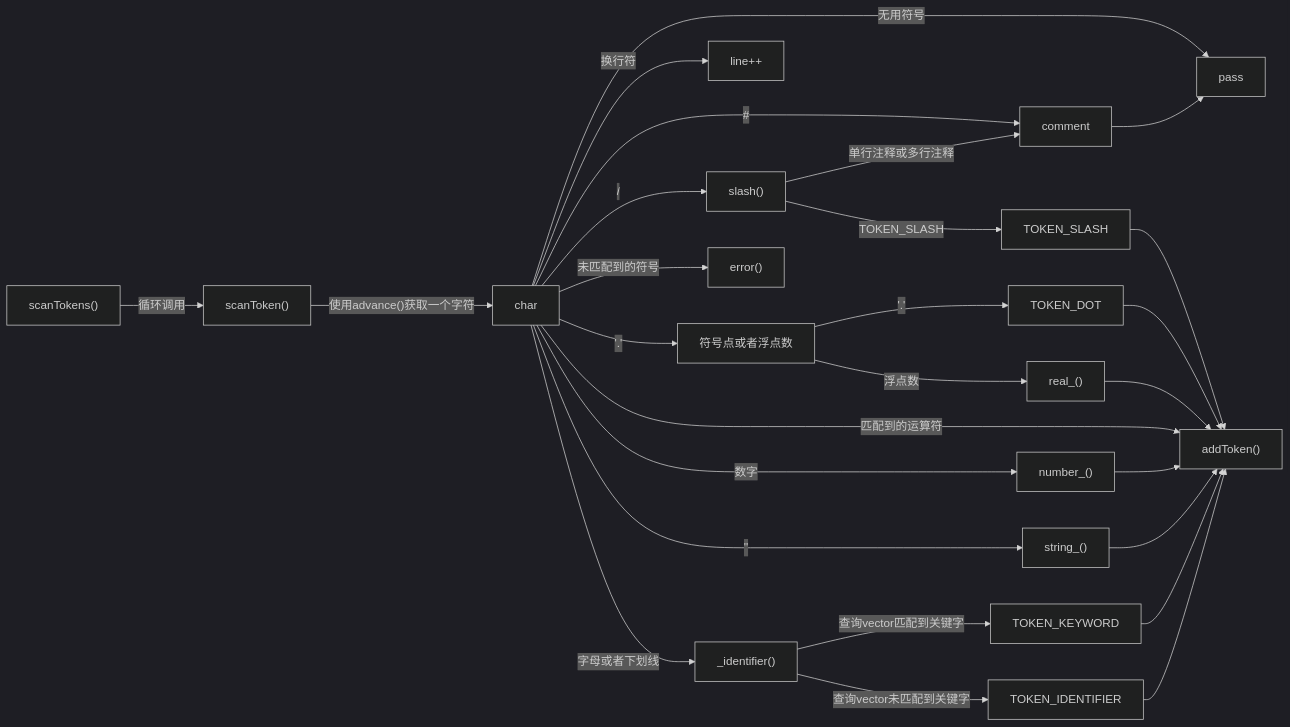
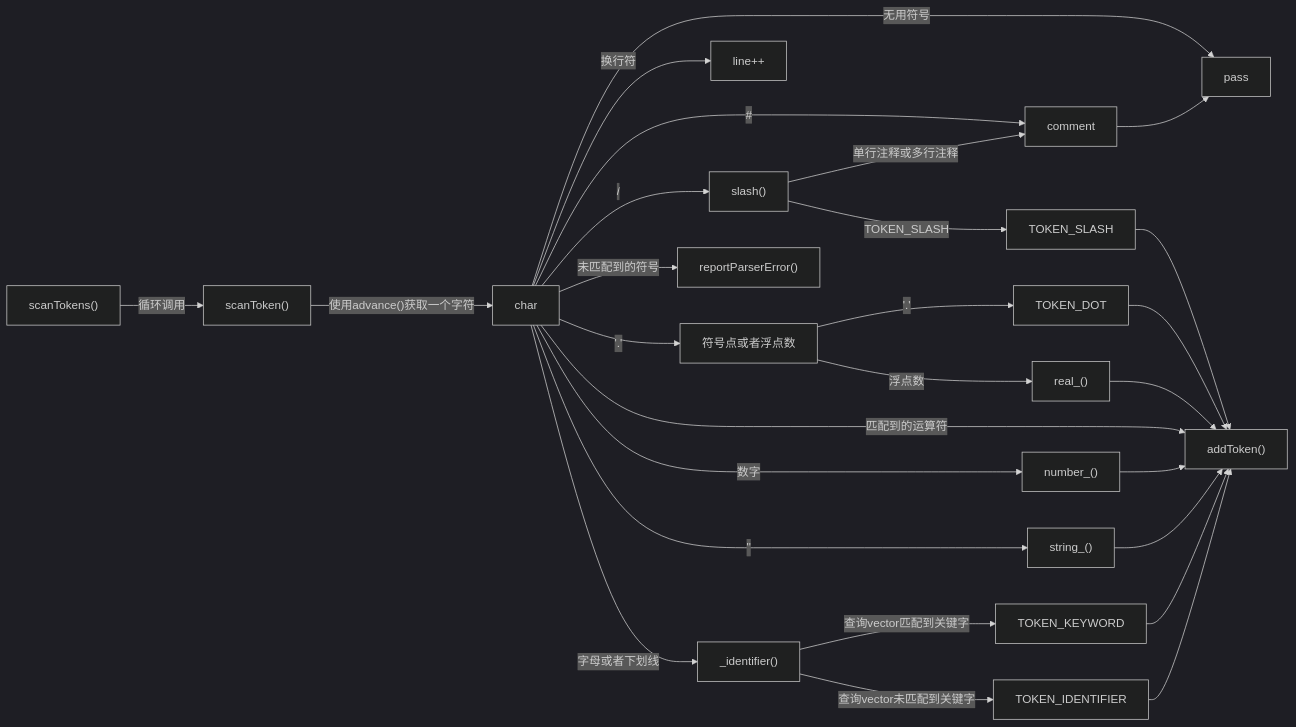
The second of 2 diagrams in robin/README.md (ice-bubble/LiteCompiler), drawn with Mermaid (dark theme) before and after one commit. The commit also changed other lines of this file and 9 other files, not shown here.

````diff
--- a/robin/README.md
+++ b/robin/README.md
@@ -151,29 +151,29 @@
 ```mermaid
 graph LR
     scanTokens["scanTokens()"] -->|循环调用| scanToken["scanToken()"]
     scanToken -->|"使用advance()获取一个字符"|char
     char -->|无用符号| pass[pass]
     char -->|/| slash["slash()"]
     char -->|#| comment
     slash -->|单行注释或多行注释|comment
     comment --> pass
     slash -->|TOKEN_SLASH| TOKEN_SLASH
     TOKEN_SLASH --> matched_type
     char -->|换行符| line++
     char -->|字母或者下划线| maybeid["_identifier()"]
     char -->|数字| num["number_()"]
     char -->|'""'| str["string_()"]
     char -->|'.'| dotOrReal[符号点或者浮点数]
     dotOrReal -->|'.'|TOKEN_DOT
     TOKEN_DOT --> matched_type
     dotOrReal -->|浮点数|real["real_()"]
     real --> matched_type
     char -->|匹配到的运算符| matched_type["addToken()"]
     maybeid -->|查询vector匹配到关键字|keyword[TOKEN_KEYWORD]
     maybeid -->|查询vector未匹配到关键字| id[TOKEN_IDENTIFIER]
     num --> matched_type
     str --> matched_type
     keyword --> matched_type
     id --> matched_type
-    char -->|未匹配到的符号| unmatched_type["error()"]
+    char -->|未匹配到的符号| unmatched_type["reportParserError()"]
 ```
````
